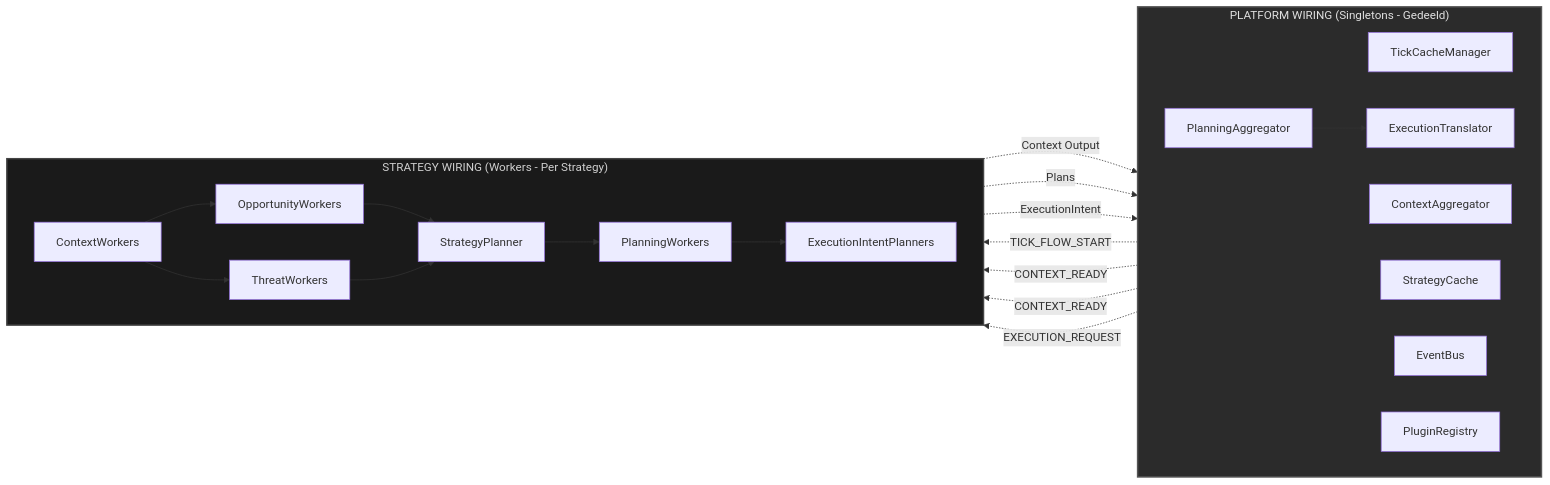
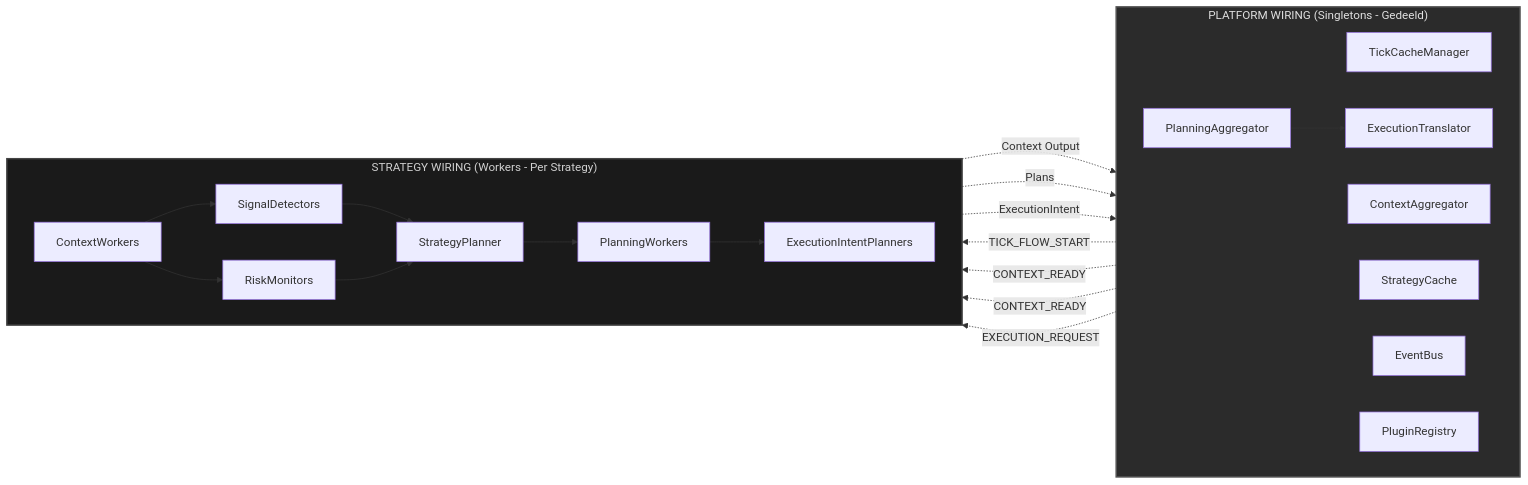
One commit to MikeyVK/S1mpleTraderV3 changed the first of 5 diagrams in docs/development/PLATFORM_VS_STRATEGY_WIRING.md. Above: the diagram before and after it, drawn with Mermaid. The commit also changed other lines of this file and 10 other files, not shown here.

First line of the commit message:
docs: Fix capitalized Opportunity/Threat references in active documentation

````diff
--- a/docs/development/PLATFORM_VS_STRATEGY_WIRING.md
+++ b/docs/development/PLATFORM_VS_STRATEGY_WIRING.md
@@ -30,39 +30,39 @@
 ```mermaid
 graph LR
     subgraph Platform["PLATFORM WIRING (Singletons - Gedeeld)"]
         direction LR
         TCM[TickCacheManager]
         CA[ContextAggregator]
         PA[PlanningAggregator]
         ET[ExecutionTranslator]
         SC[StrategyCache]
         EB[EventBus]
         PR[PluginRegistry]
         
         PA --> ET
     end
     
     subgraph Strategy["STRATEGY WIRING (Workers - Per Strategy)"]
         direction LR
-        CW[ContextWorkers] --> OW[OpportunityWorkers]
-        CW --> TW[ThreatWorkers]
+        CW[ContextWorkers] --> OW[SignalDetectors]
+        CW --> TW[RiskMonitors]
         OW --> SP[StrategyPlanner]
         TW --> SP
         SP --> PW[PlanningWorkers]
         PW --> EIP[ExecutionIntentPlanners]
     end
     
     %% Platform → Strategy (Entry Points)
     TCM -.->|TICK_FLOW_START| CW
     CA -.->|CONTEXT_READY| OW
     CA -.->|CONTEXT_READY| TW
     PA -.->|EXECUTION_REQUEST| EIP
     
     %% Strategy → Platform (Exit Points)
     CW -.->|Context Output| CA
     PW -.->|Plans| PA
     EIP -.->|ExecutionIntent| PA
     
     style Platform fill:#2b2b2b,stroke:#555,stroke-width:2px,color:#e0e0e0
     style Strategy fill:#1a1a1a,stroke:#444,stroke-width:2px,color:#d0d0d0
 ```
````
